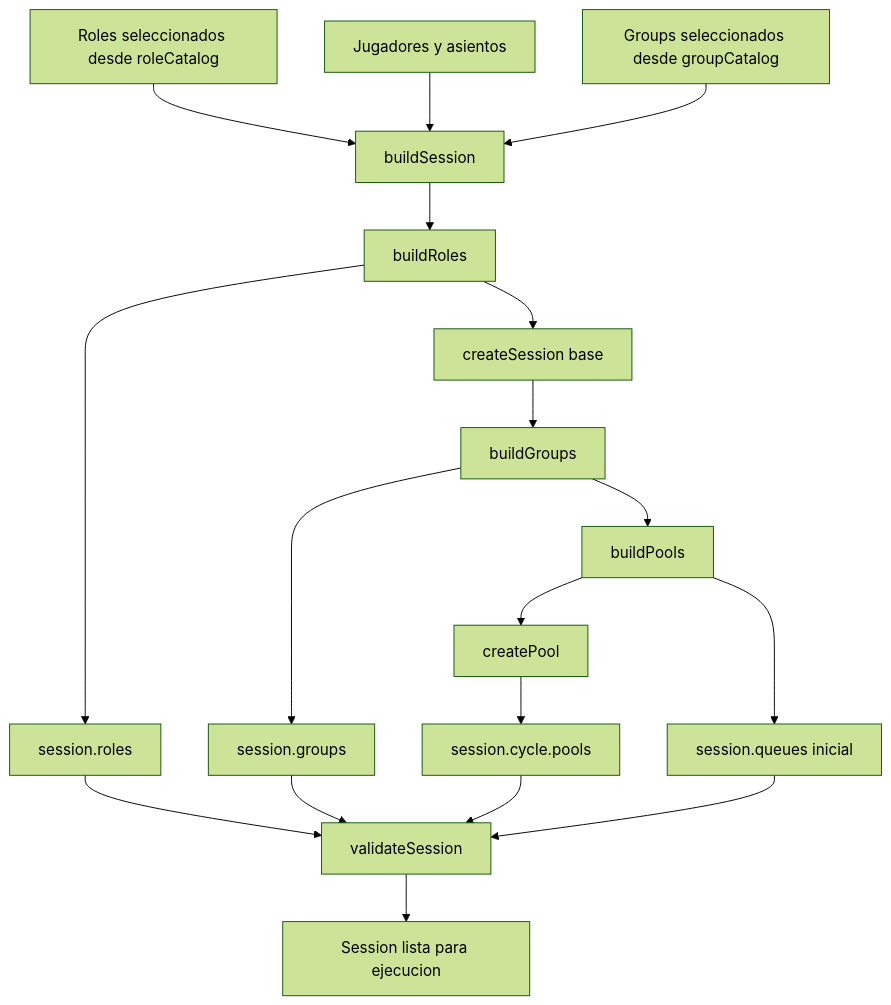
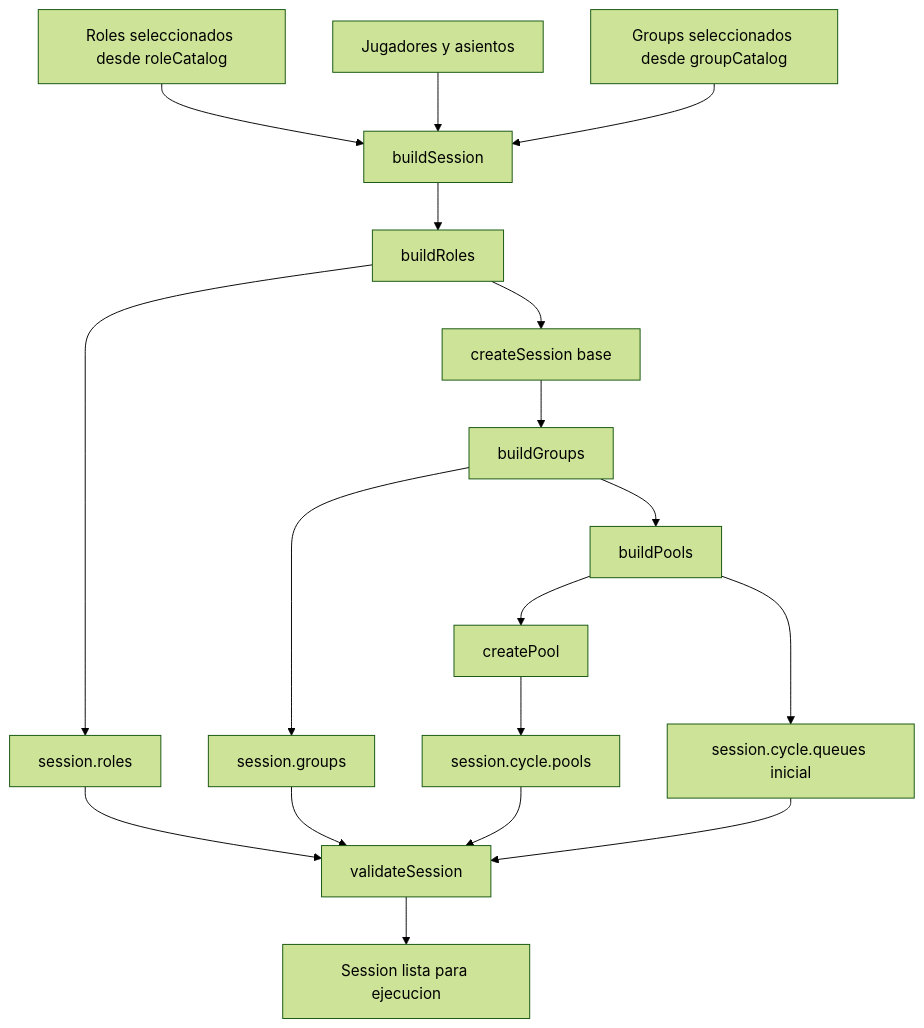
The second of 14 diagrams in docs/engine_flow_map.md (juanramonmorandeira/castronegro-director), drawn with Mermaid (forest theme) before and after one commit. The commit also changed other lines of this file and 23 other files, not shown here.

Commit message:
Model cycle queues inside cycle

````diff
--- a/docs/engine_flow_map.md
+++ b/docs/engine_flow_map.md
@@ -110,36 +110,36 @@
 ```mermaid
 flowchart TD
   A[Roles seleccionados desde roleCatalog]
   B[Jugadores y asientos]
   C[Groups seleccionados desde groupCatalog]
   E[buildSession]
   F[buildRoles]
   J[createSession base]
   G[buildGroups]
   H[buildPools]
   I[createPool]
   K[validateSession]
   L[session.roles]
   M[session.groups]
   N[session.cycle.pools]
-  P[session.queues inicial]
+  P[session.cycle.queues inicial]
   O[Session lista para ejecucion]
 
   A --> E
   B --> E
   C --> E
   E --> F
   F --> J
   J --> G
   G --> H
   H --> I
   H --> P
   F --> L
   G --> M
   I --> N
   L --> K
   M --> K
   N --> K
   P --> K
   K --> O
 ```
````
